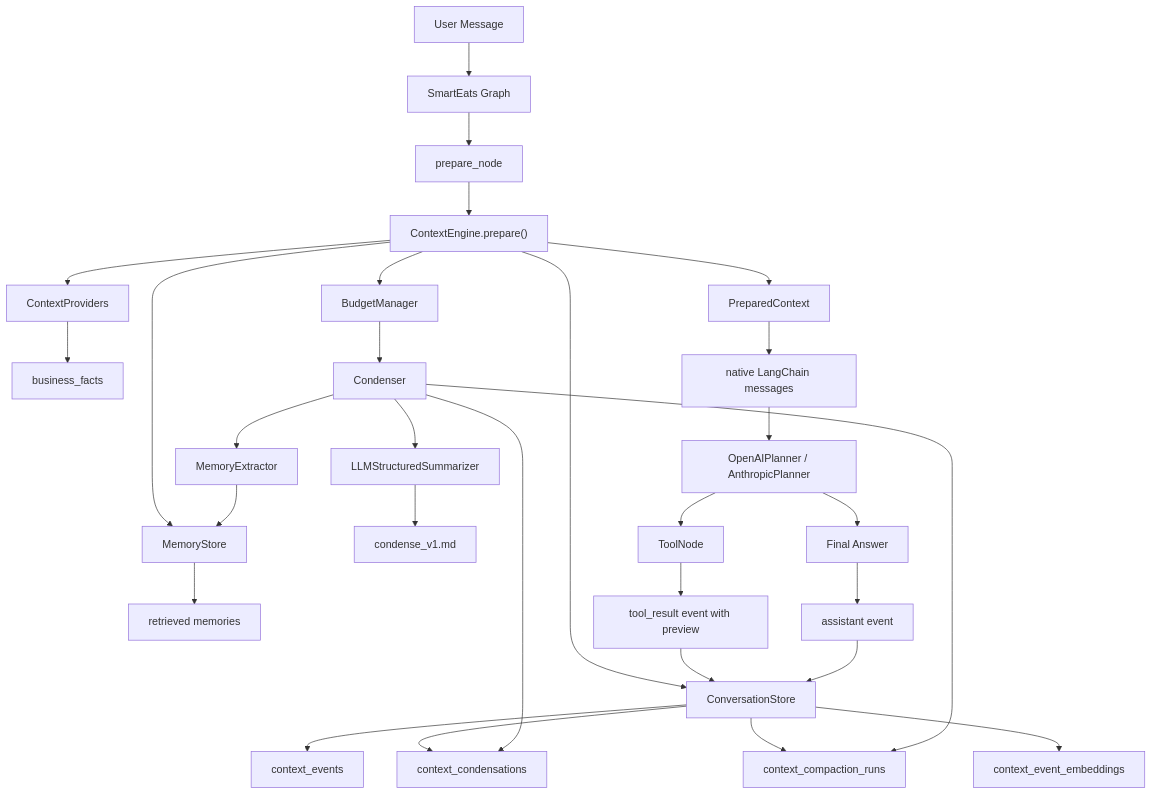
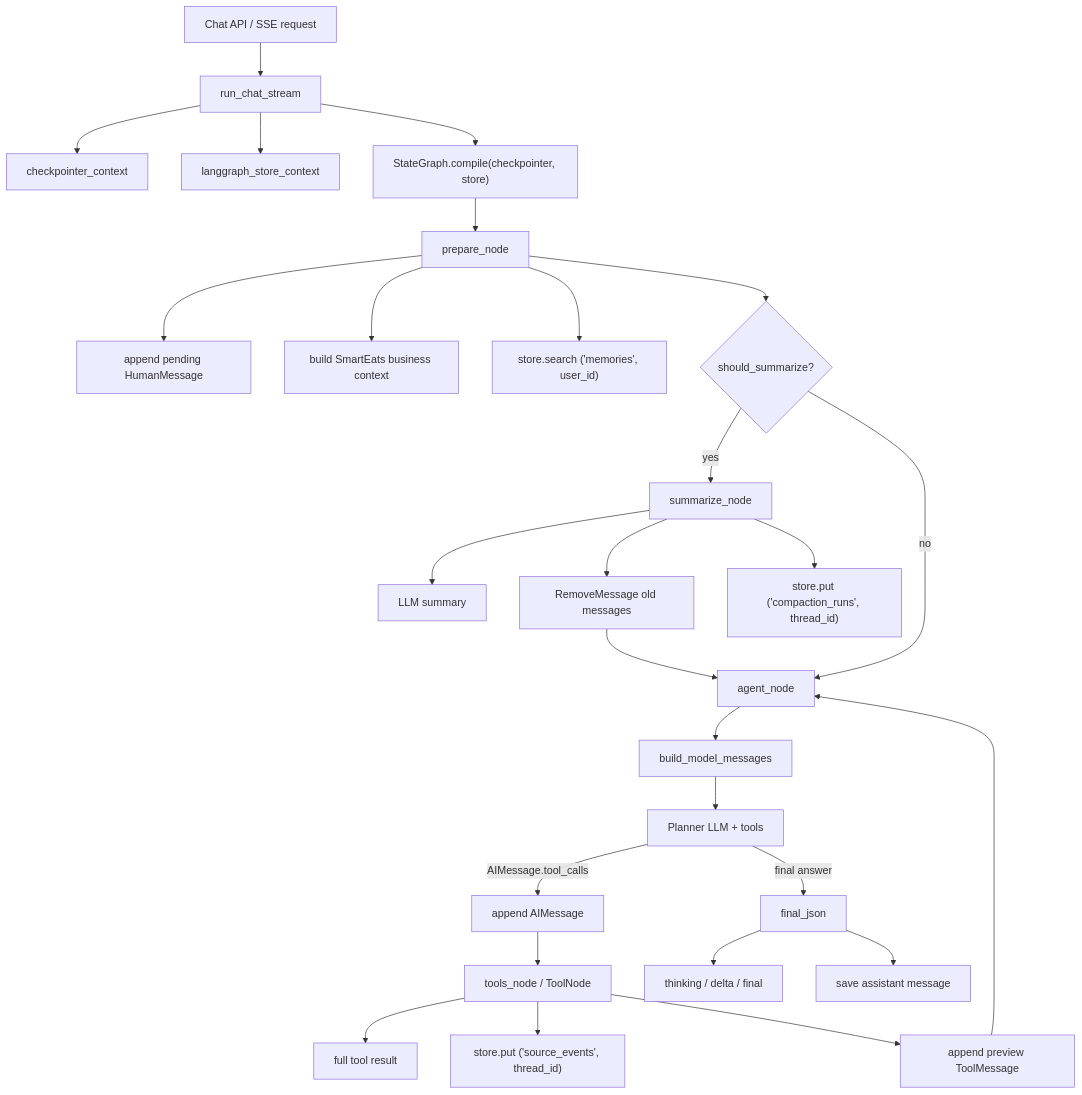
One commit to hellolml/smart-eats-ai-bakend changed the first of 5 diagrams in CONTEXT_ENGINE_LEARNING_GUIDE.md. Above: the diagram before and after it, drawn with Mermaid. The commit also changed other lines of this file and 46 other files, not shown here.

Commit message:
Adopt LangGraph-native context runtime

````diff
--- a/CONTEXT_ENGINE_LEARNING_GUIDE.md
+++ b/CONTEXT_ENGINE_LEARNING_GUIDE.md
@@ -79,37 +70,33 @@
 ```mermaid
-flowchart TB
-    User["User Message"] --> SmartEatsGraph["SmartEats Graph"]
-    SmartEatsGraph --> PrepareNode["prepare_node"]
-    PrepareNode --> ContextEngine["ContextEngine.prepare()"]
+flowchart TD
+    API["Chat API / SSE request"] --> Runner["run_chat_stream"]
+    Runner --> CP["checkpointer_context"]
+    Runner --> StoreCtx["langgraph_store_context"]
+    Runner --> Compile["StateGraph.compile(checkpointer, store)"]
 
-    ContextEngine --> Store["ConversationStore"]
-    ContextEngine --> Providers["ContextProviders"]
-    ContextEngine --> MemoryStore["MemoryStore"]
-    ContextEngine --> Budget["BudgetManager"]
+    Compile --> Prepare["prepare_node"]
+    Prepare --> Init["append pending HumanMessage"]
+    Prepare --> Biz["build SmartEats business context"]
+    Prepare --> MemSearch["store.search ('memories', user_id)"]
+    Prepare --> Route{"should_summarize?"}
 
-    Store --> Events["context_events"]
-    Store --> Condensations["context_condensations"]
-    Store --> Runs["context_compaction_runs"]
-    Store --> EventEmbeddings["context_event_embeddings"]
+    Route -->|yes| Summarize["summarize_node"]
+    Summarize --> LLMCompact["LLM summary"]
+    Summarize --> Remove["RemoveMessage old messages"]
+    Summarize --> CompactionStore["store.put ('compaction_runs', thread_id)"]
+    Remove --> Agent["agent_node"]
 
-    Providers --> BusinessFacts["business_facts"]
-    MemoryStore --> Memories["retrieved memories"]
-    Budget --> Condenser["Condenser"]
-    Condenser --> Summarizer["LLMStructuredSummarizer"]
-    Summarizer --> Prompt["condense_v1.md"]
-    Condenser --> MemoryExtractor["MemoryExtractor"]
-    MemoryExtractor --> MemoryStore
-    Condenser --> Runs
-    Condenser --> Condensations
+    Route -->|no| Agent
+    Agent --> BuildInput["build_model_messages"]
+    BuildInput --> Planner["Planner LLM + tools"]
+    Planner -->|AIMessage.tool_calls| ToolState["append AIMessage"]
+    ToolState --> Tools["tools_node / ToolNode"]
+    Tools --> FullResult["full tool result"]
+    Tools --> SourceStore["store.put ('source_events', thread_id)"]
+    Tools --> Preview["append preview ToolMessage"]
+    Preview --> Agent
 
-    ContextEngine --> Prepared["PreparedContext"]
-    Prepared --> NativeMessages["native LangChain messages"]
-    NativeMessages --> Planner["OpenAIPlanner / AnthropicPlanner"]
-    Planner --> Tools["ToolNode"]
-    Tools --> ToolEvents["tool_result event with preview"]
-    ToolEvents --> Store
-
-    Planner --> Final["Final Answer"]
-    Final --> AssistantEvent["assistant event"]
-    AssistantEvent --> Store
+    Planner -->|final answer| Final["final_json"]
+    Final --> SSE["thinking / delta / final"]
+    Final --> ProductHistory["save assistant message"]
 ```
````
